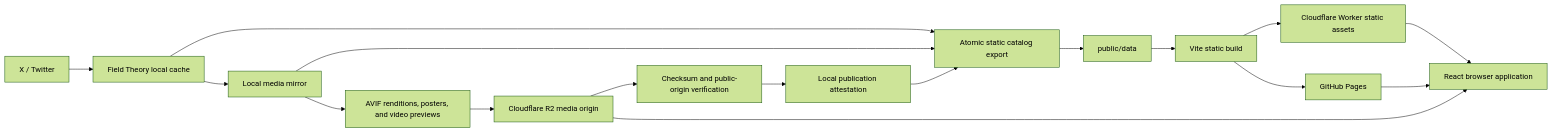
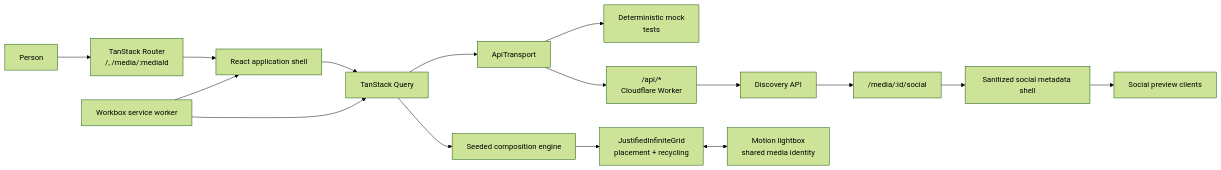
One commit to corychainsman/twitter-bookmarks changed the first of 2 diagrams in docs/system-architecture.md. Above: the diagram before and after it, drawn with Mermaid (forest theme). The commit also changed other lines of this file and 325 other files, not shown here.

````diff
--- a/docs/system-architecture.md
+++ b/docs/system-architecture.md
@@ -14,19 +10,18 @@
 ```mermaid
 flowchart LR
-    X["X / Twitter"] --> FT["Field Theory local cache"]
-    FT --> MIRROR["Local media mirror"]
-    MIRROR --> RENDITIONS["AVIF renditions, posters, and video previews"]
-    RENDITIONS --> R2["Cloudflare R2 media origin"]
-    R2 --> VERIFY["Checksum and public-origin verification"]
-    VERIFY --> ATTEST["Local publication attestation"]
-    FT --> EXPORT["Atomic static catalog export"]
-    MIRROR --> EXPORT
-    ATTEST --> EXPORT
-    EXPORT --> DATA["public/data"]
-    DATA --> BUILD["Vite static build"]
-    BUILD --> CF["Cloudflare Worker static assets"]
-    BUILD --> GHP["GitHub Pages"]
-    CF --> BROWSER["React browser application"]
-    GHP --> BROWSER
-    R2 --> BROWSER
+    PERSON["Person"] --> ROUTER["TanStack Router\n/, /media/:mediaId"]
+    ROUTER --> APP["React application shell"]
+    APP --> QUERY["TanStack Query"]
+    QUERY --> PORT["ApiTransport"]
+    PORT --> MOCK["Deterministic mock\ntests"]
+    PORT --> GATEWAY["/api/*\nCloudflare Worker"]
+    GATEWAY --> API["Discovery API"]
+    QUERY --> COMPOSE["Seeded composition engine"]
+    COMPOSE --> WALL["JustifiedInfiniteGrid\nplacement + recycling"]
+    WALL <--> LIGHTBOX["Motion lightbox\nshared media identity"]
+    API --> SOCIAL["/media/:id/social"]
+    SOCIAL --> EDGE["Sanitized social metadata shell"]
+    EDGE --> CRAWLER["Social preview clients"]
+    SW["Workbox service worker"] --> APP
+    SW --> QUERY
 ```
````
